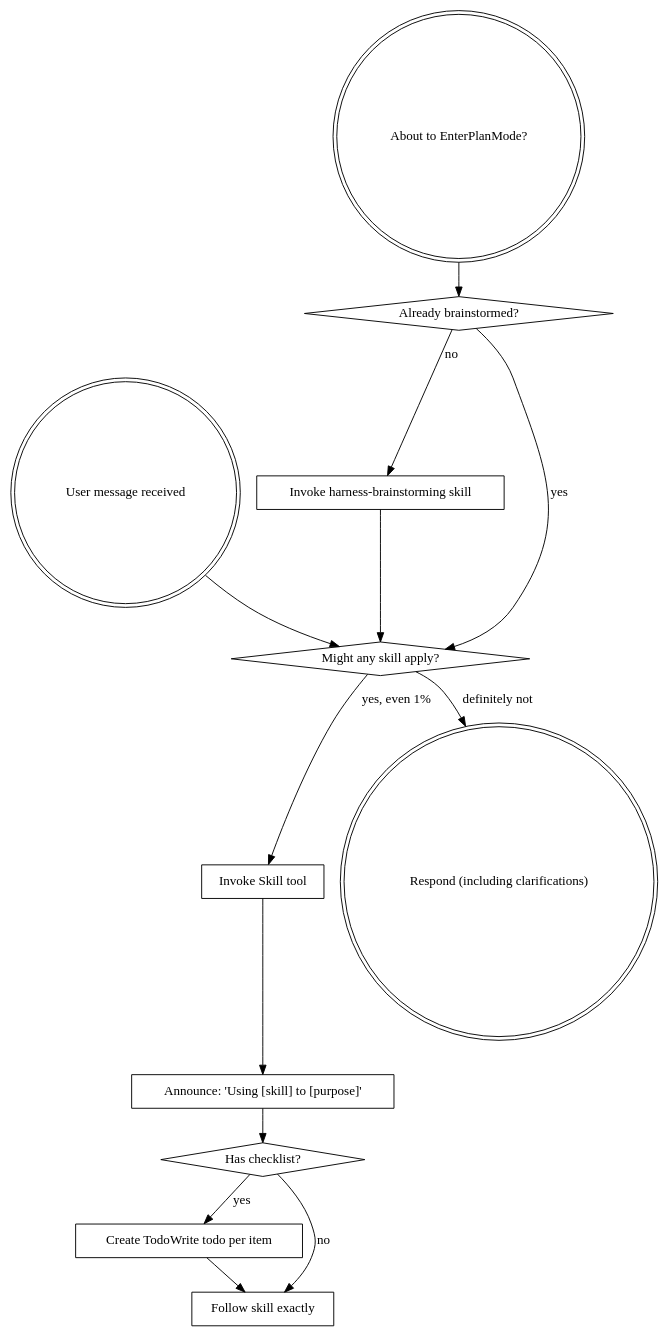
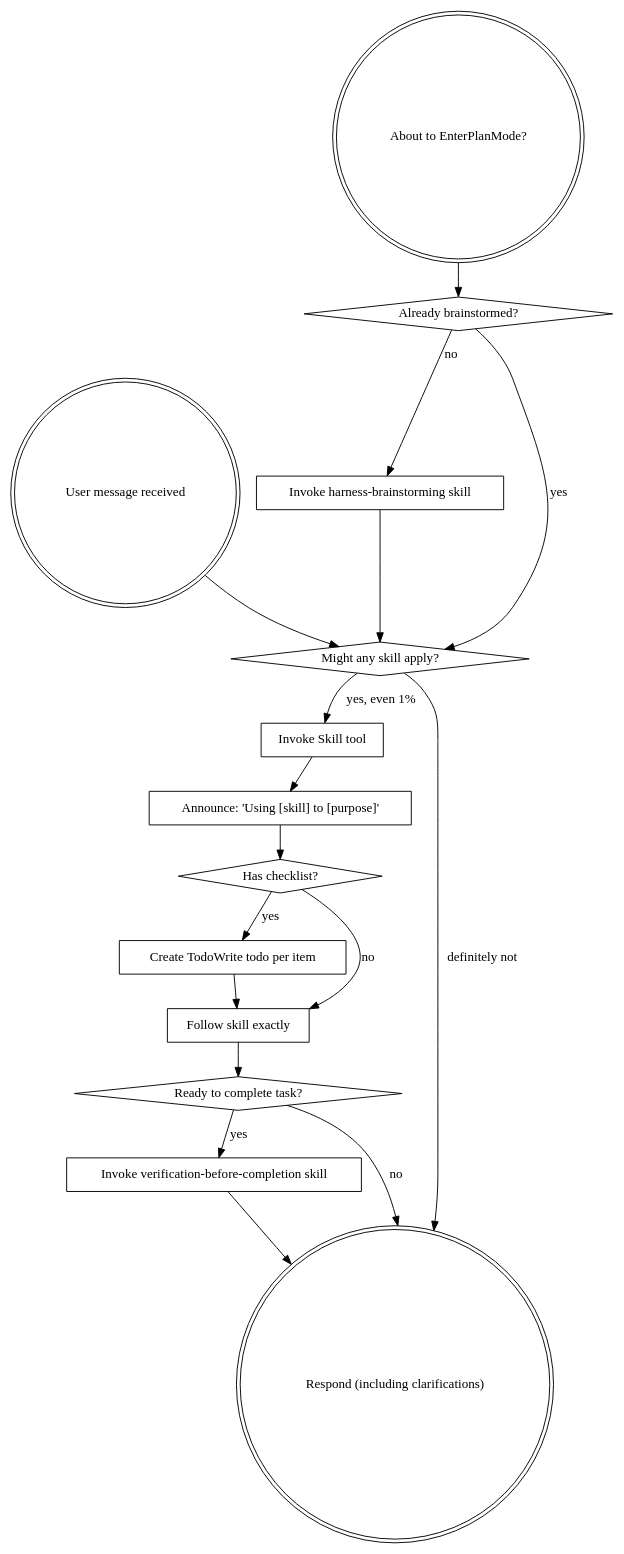
Before and after one commit to mapengbo0314/native-harness-workflow: the diagram in src/harness/templates/boilerplate/skills/using-harness-superpowers/SKILL.md, drawn with Graphviz. The commit also changed other lines of this file and 18 other files, not shown here.

````diff
--- a/src/harness/templates/boilerplate/skills/using-harness-superpowers/SKILL.md
+++ b/src/harness/templates/boilerplate/skills/using-harness-superpowers/SKILL.md
@@ -48,29 +48,35 @@
 ```dot
 digraph skill_flow {
     "User message received" [shape=doublecircle];
     "About to EnterPlanMode?" [shape=doublecircle];
     "Already brainstormed?" [shape=diamond];
     "Invoke harness-brainstorming skill" [shape=box];
     "Might any skill apply?" [shape=diamond];
     "Invoke Skill tool" [shape=box];
     "Announce: 'Using [skill] to [purpose]'" [shape=box];
     "Has checklist?" [shape=diamond];
     "Create TodoWrite todo per item" [shape=box];
     "Follow skill exactly" [shape=box];
+    "Ready to complete task?" [shape=diamond];
+    "Invoke verification-before-completion skill" [shape=box];
     "Respond (including clarifications)" [shape=doublecircle];
 
     "About to EnterPlanMode?" -> "Already brainstormed?";
     "Already brainstormed?" -> "Invoke harness-brainstorming skill" [label="no"];
     "Already brainstormed?" -> "Might any skill apply?" [label="yes"];
     "Invoke harness-brainstorming skill" -> "Might any skill apply?";
 
     "User message received" -> "Might any skill apply?";
     "Might any skill apply?" -> "Invoke Skill tool" [label="yes, even 1%"];
     "Might any skill apply?" -> "Respond (including clarifications)" [label="definitely not"];
     "Invoke Skill tool" -> "Announce: 'Using [skill] to [purpose]'";
     "Announce: 'Using [skill] to [purpose]'" -> "Has checklist?";
     "Has checklist?" -> "Create TodoWrite todo per item" [label="yes"];
     "Has checklist?" -> "Follow skill exactly" [label="no"];
     "Create TodoWrite todo per item" -> "Follow skill exactly";
+    "Follow skill exactly" -> "Ready to complete task?";
+    "Ready to complete task?" -> "Invoke verification-before-completion skill" [label="yes"];
+    "Ready to complete task?" -> "Respond (including clarifications)" [label="no"];
+    "Invoke verification-before-completion skill" -> "Respond (including clarifications)";
 }
 ```
````
